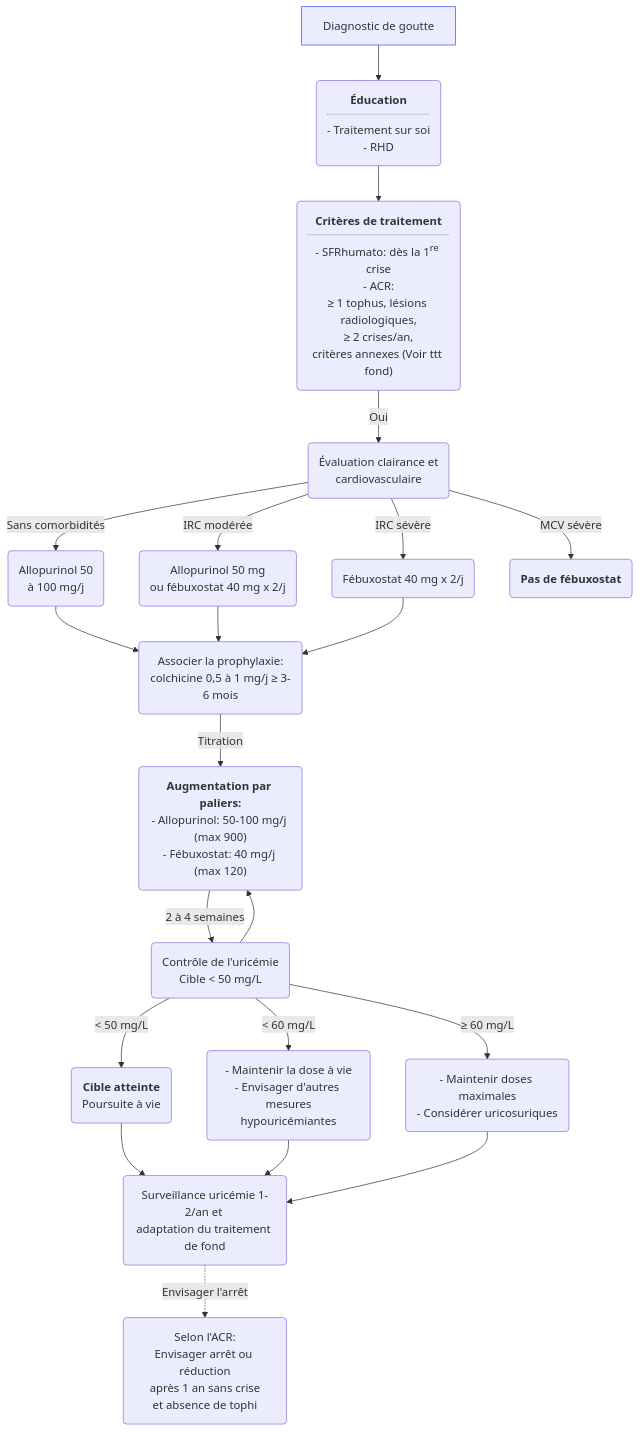
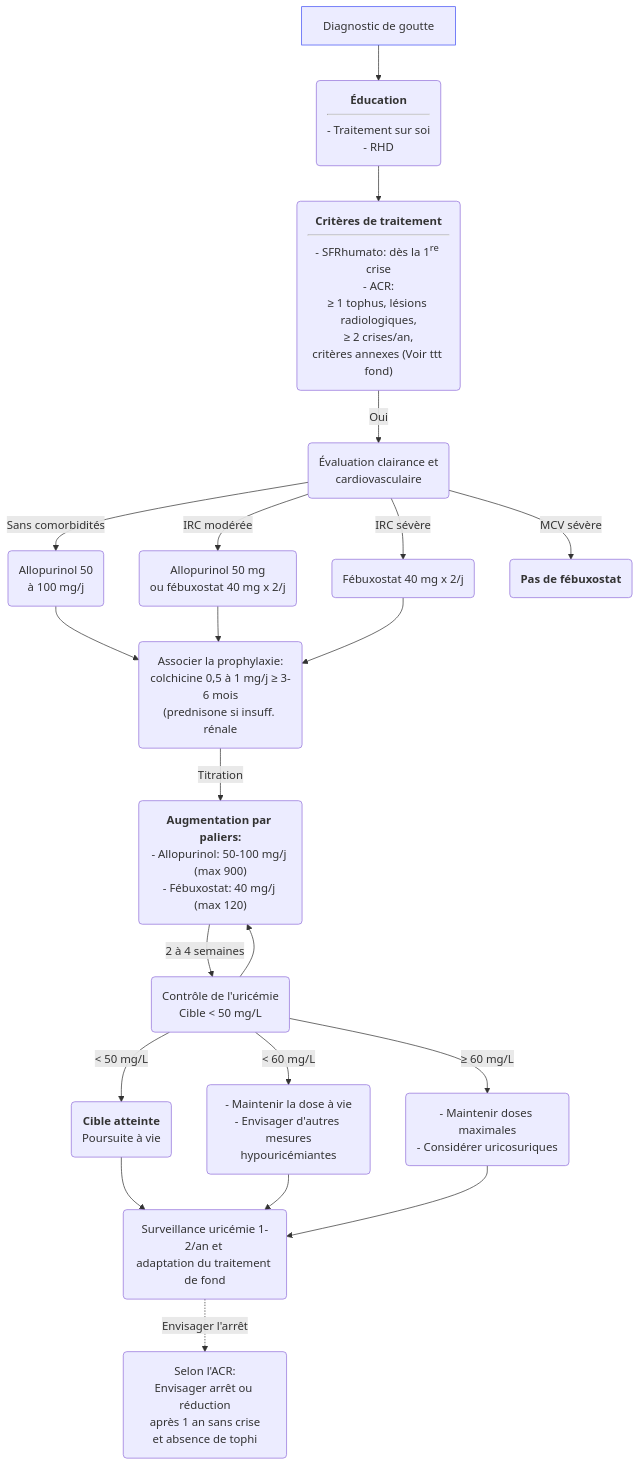
Before and after one commit to djibe/recommandations-medicales: the second of 2 diagrams in content/recommandations/goutte.md, drawn with Mermaid. The commit also changed 4 other files, not shown here.

```diff
--- a/content/recommandations/goutte.md
+++ b/content/recommandations/goutte.md
@@ -358,16 +358,16 @@
 {{< mermaid title="Conduite à tenir pour le traitement hypouricémiant de fond du patient goutteux. Dr JB Fron d'après SFR et ACR 2020" >}}
 graph TB
   diagnostic[Diagnostic de goutte] --> education(<b>Éducation</b><hr>- Traitement sur soi<br>- RHD) --> criteres("<b>Critères de traitement</b><hr>- SFRhumato: dès la 1<sup>re</sup> crise<br>- ACR:<br>≥ 1 tophus, lésions radiologiques,<br>≥ 2 crises/an,<br>critères annexes (Voir ttt fond)")
   style diagnostic stroke:#4150f5, stroke-width:1px
     criteres -- Oui --> clairance(Évaluation clairance et<br>cardiovasculaire)
-      clairance -- Sans comorbidités --> allopurinol(Allopurinol 50<br>à 100 mg/j) --> prophylaxie("Associer la prophylaxie:<br>colchicine 0,5 à 1 mg/j ≥ 3-6 mois")
+      clairance -- Sans comorbidités --> allopurinol(Allopurinol 50<br>à 100 mg/j) --> prophylaxie("Associer la prophylaxie:<br>colchicine 0,5 à 1 mg/j ≥ 3-6 mois<br>(prednisone si insuff. rénale")
       clairance -- IRC modérée --> ircmoderee(Allopurinol 50 mg<br>ou fébuxostat 40 mg x 2/j) --> prophylaxie
       clairance -- IRC sévère --> ircsevere(Fébuxostat 40 mg x 2/j) --> prophylaxie
       clairance -- MCV sévère --> mcv(<b>Pas de fébuxostat</b>)
         prophylaxie -- Titration --> titration("<b>Augmentation par paliers:</b><br>- Allopurinol: 50-100 mg/j (max 900)<br>- Fébuxostat: 40 mg/j (max 120)")
           titration -- 2 à 4 semaines --> uricemie(Contrôle de l'uricémie<br>Cible &lt; 50 mg/L) --> titration
             uricemie -- "&lt; 50 mg/L" --> cible(<b>Cible atteinte</b><br>Poursuite à vie) --> surv("Surveillance uricémie 1-2/an et <br>adaptation du traitement de fond")
               surv -. Envisager l'arrêt .-> arret("Selon l'ACR:<br>Envisager arrêt ou réduction<br>après 1 an sans crise<br>et absence de tophi")
             uricemie -- "&lt; 60 mg/L" --> presque("- Maintenir la dose à vie<br>- Envisager d'autres mesures<br>hypouricémiantes") --> surv
             uricemie -- "≥ 60 mg/L" --> hors("- Maintenir doses maximales<br>- Considérer uricosuriques") --> surv
 {{< /mermaid >}}
```
